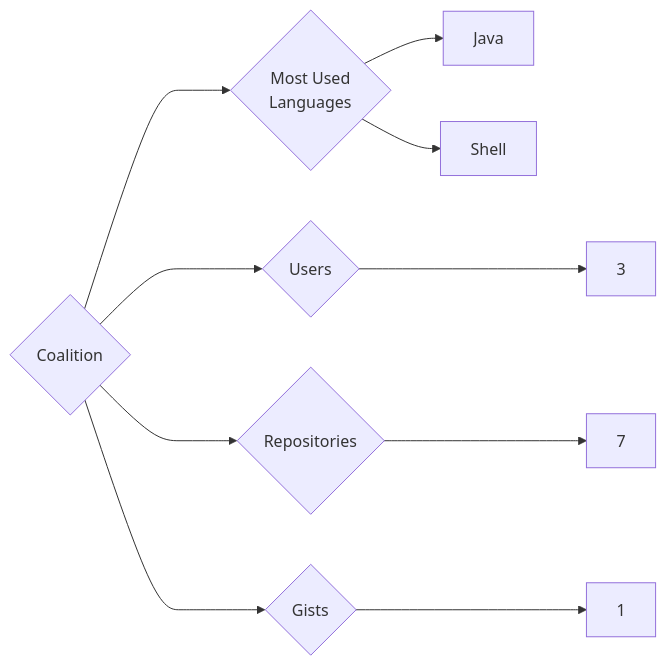
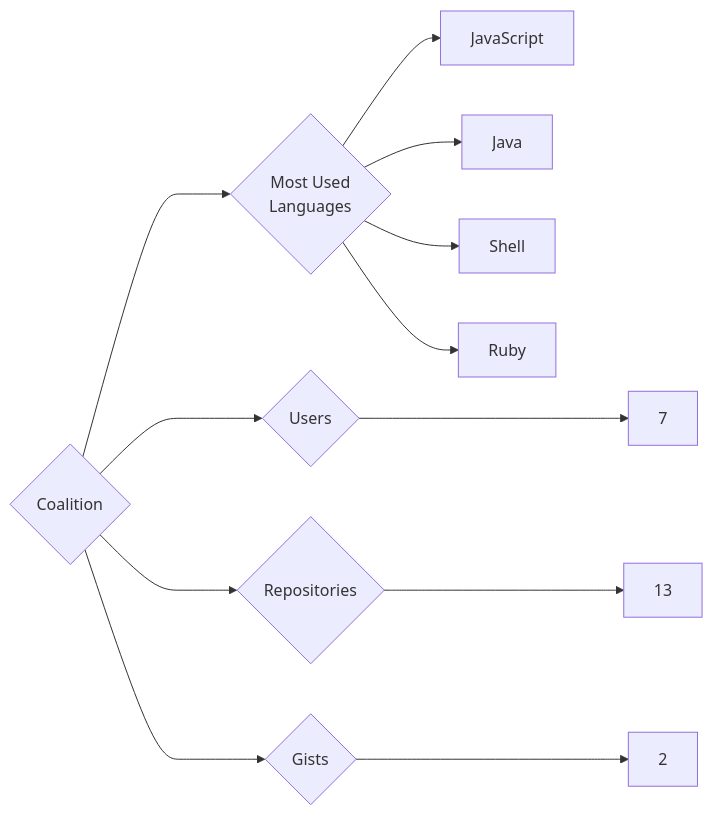
One commit to trickest/insiders changed the diagram in targets/Coalition/README.md. Above: the diagram before and after it, drawn with Mermaid. The commit also changed 1167 other files, not shown here.

````diff
--- a/targets/Coalition/README.md
+++ b/targets/Coalition/README.md
@@ -3,10 +3,12 @@
 ```mermaid
 graph LR
 COMPANY_NAME{Coalition}
-COMPANY_NAME ---> U{Users} ---> UN[3]
-COMPANY_NAME ---> R{Repositories} ---> RN[7]
-COMPANY_NAME ---> G{Gists} ---> GN[1]
+COMPANY_NAME ---> U{Users} ---> UN[7]
+COMPANY_NAME ---> R{Repositories} ---> RN[13]
+COMPANY_NAME ---> G{Gists} ---> GN[2]
 COMPANY_NAME ---> ML{Most Used<br>Languages}
+ML --> JavaScript[JavaScript]
 ML --> Java[Java]
 ML --> Shell[Shell]
+ML --> Ruby[Ruby]
 ```
````
